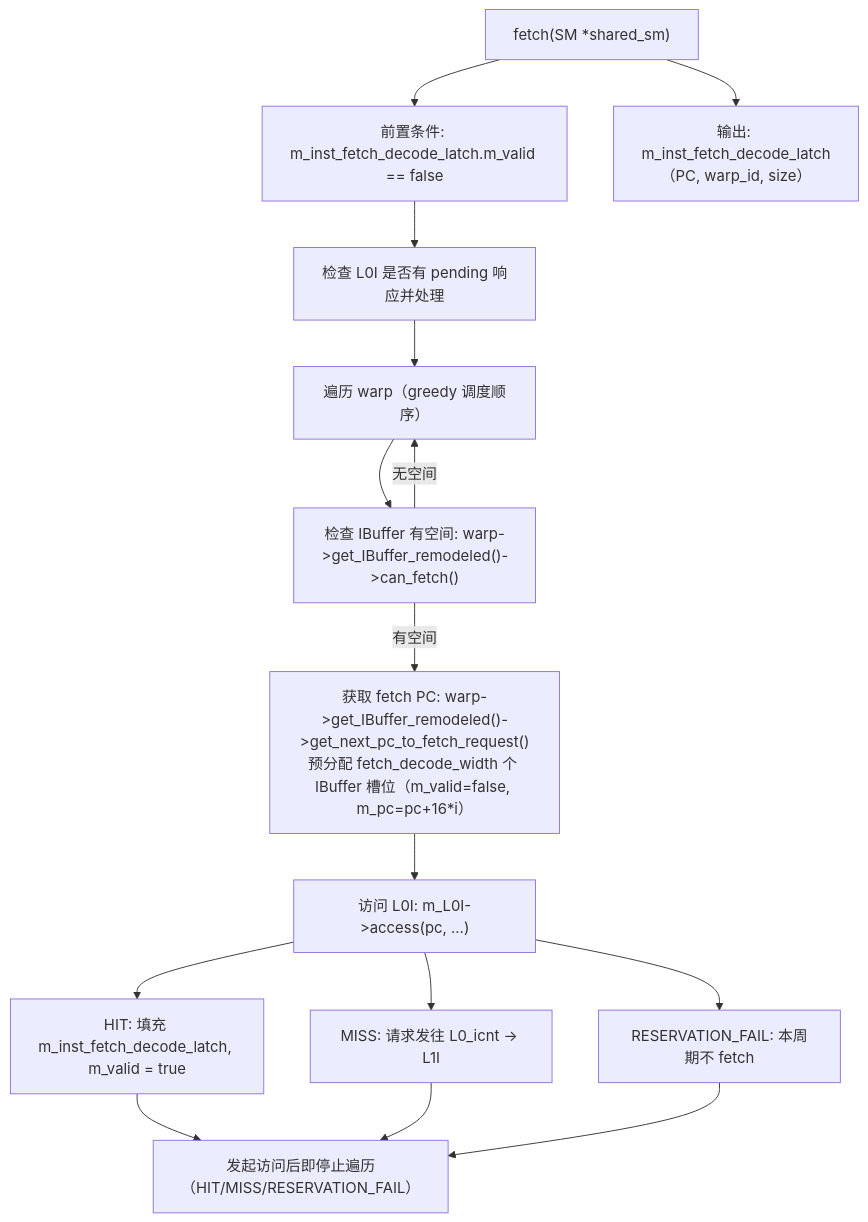
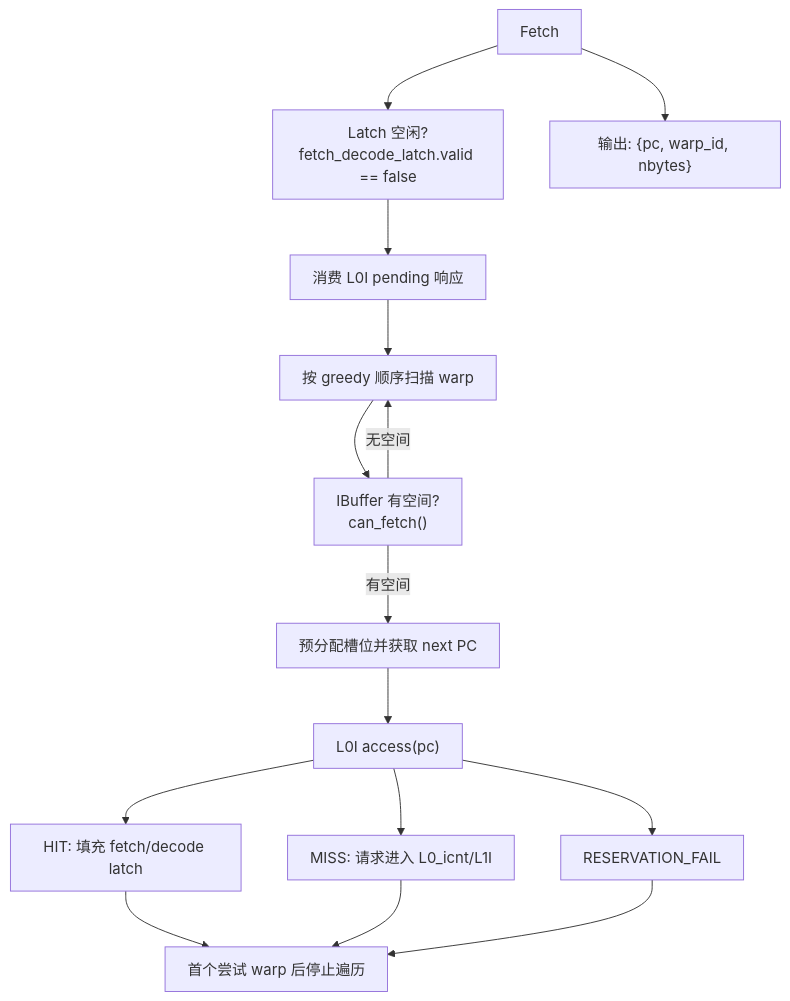
One commit to dzwduan/modern-gpu-simulator-micro-2025 changed the first of 6 diagrams in docs/detailed-design/03A-Subcore前端流水与调度设计.md. Above: the diagram before and after it, drawn with Mermaid. The commit also changed other lines of this file, not shown here.

````diff
--- a/docs/detailed-design/03A-Subcore前端流水与调度设计.md
+++ b/docs/detailed-design/03A-Subcore前端流水与调度设计.md
@@ -36,24 +36,25 @@
 ```mermaid
+%%{init: {'flowchart': {'nodeSpacing': 50, 'rankSpacing': 60, 'padding': 12, 'useMaxWidth': false}} }%%
 flowchart TD
-    FETCH["fetch(SM *shared_sm)"]
-    PRE["前置条件: m_inst_fetch_decode_latch.m_valid == false"]
-    CHK["检查 L0I 是否有 pending 响应并处理"]
-    LOOP["遍历 warp（greedy 调度顺序）"]
-    IB["检查 IBuffer 有空间: warp->get_IBuffer_remodeled()->can_fetch()"]
-    PC["获取 fetch PC: warp->get_IBuffer_remodeled()->get_next_pc_to_fetch_request()<br/>预分配 fetch_decode_width 个 IBuffer 槽位（m_valid=false, m_pc=pc+16*i）"]
-    L0I["访问 L0I: m_L0I->access(pc, ...)"]
-    HIT["HIT: 填充 m_inst_fetch_decode_latch, m_valid = true"]
-    MISS["MISS: 请求发往 L0_icnt → L1I"]
-    RFAIL["RESERVATION_FAIL: 本周期不 fetch"]
-    STOP["发起访问后即停止遍历（HIT/MISS/RESERVATION_FAIL）"]
-    OUT["输出: m_inst_fetch_decode_latch（PC, warp_id, size）"]
+    FETCH["Fetch"]
+    PRE["Latch 空闲?<br/>fetch_decode_latch.valid == false"]
+    CHK["消费 L0I pending 响应"]
+    LOOP["按 greedy 顺序扫描 warp"]
+    IB["IBuffer 有空间?<br/>can_fetch()"]
+    PC["预分配槽位并获取 next PC"]
+    L0I["L0I access(pc)"]
+    HIT["HIT: 填充 fetch/decode latch"]
+    MISS["MISS: 请求进入 L0_icnt/L1I"]
+    RFAIL["RESERVATION_FAIL"]
+    STOP["首个尝试 warp 后停止遍历"]
+    OUT["输出: {pc, warp_id, nbytes}"]
 
     FETCH --> PRE --> CHK --> LOOP
     LOOP --> IB
     IB -->|"有空间"| PC --> L0I
     IB -->|"无空间"| LOOP
     L0I --> HIT --> STOP
     L0I --> MISS --> STOP
     L0I --> RFAIL --> STOP
     FETCH --> OUT
 ```
````
